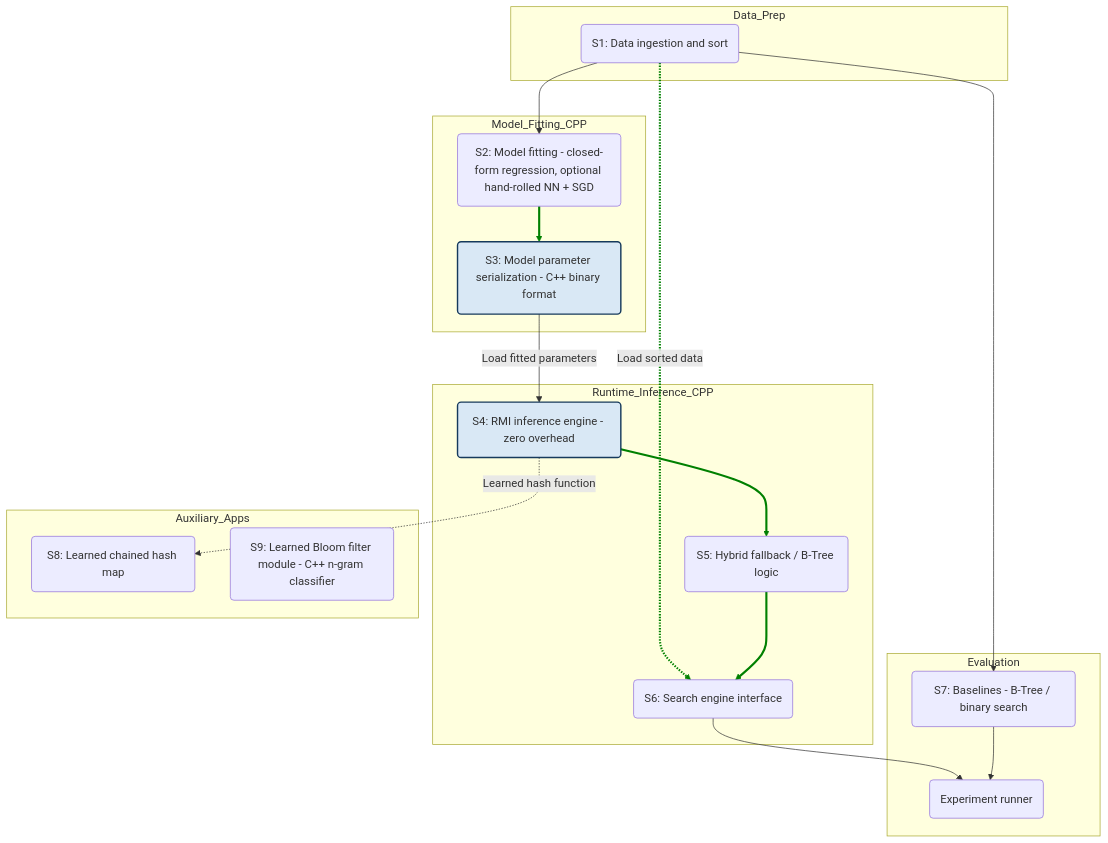
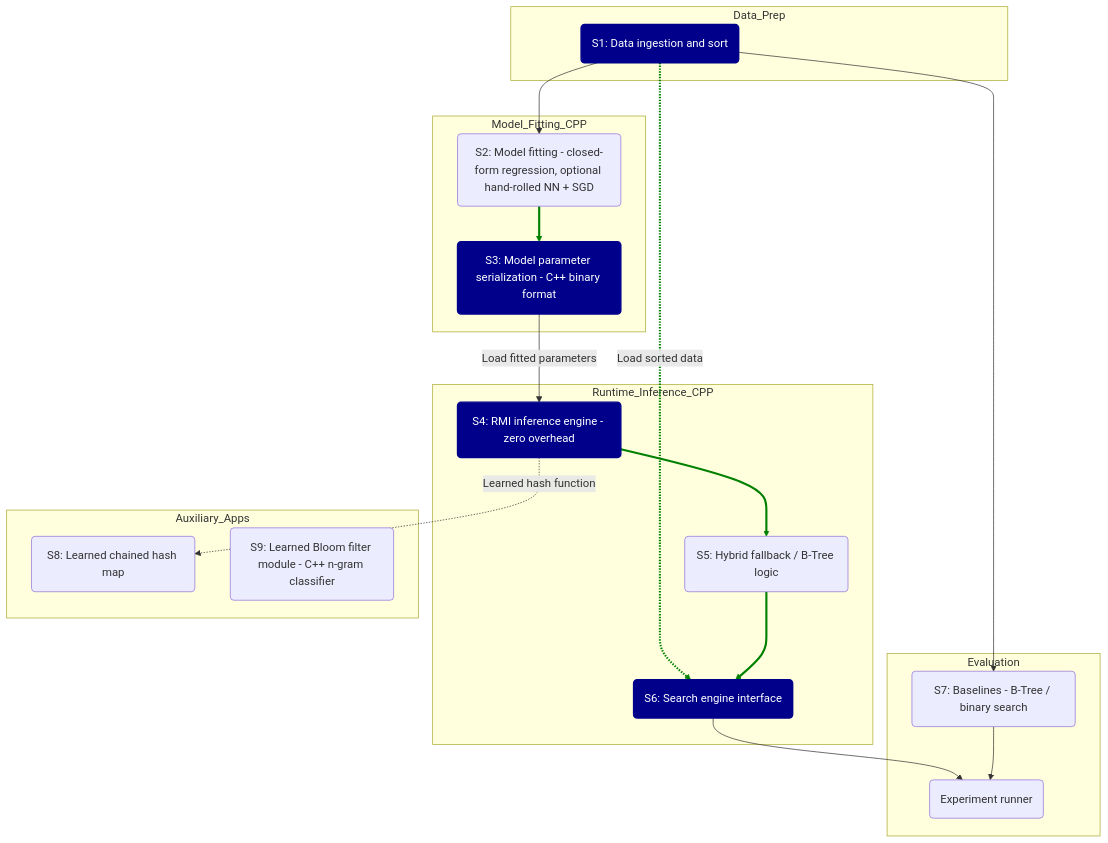
The second of 3 diagrams in plan.md (NischalPendurthi/LearnedIndex), drawn with Mermaid before and after one commit. The commit also changed other lines of this file, not shown here.

````diff
--- a/plan.md
+++ b/plan.md
@@ -164,35 +167,37 @@
 ```mermaid
 graph TD
   subgraph Data_Prep
   S1(S1: Data ingestion and sort)
   end
 
   subgraph Model_Fitting_CPP
   S1 --> S2(S2: Model fitting - closed-form regression, optional hand-rolled NN + SGD)
   S2 --> S3(S3: Model parameter serialization - C++ binary format)
   end
 
   subgraph Runtime_Inference_CPP
   S1 -. Load sorted data .-> S6(S6: Search engine interface)
   S3 -- Load fitted parameters --> S4(S4: RMI inference engine - zero overhead)
   S4 --> S5(S5: Hybrid fallback / B-Tree logic)
   S5 --> S6
   end
 
   subgraph Evaluation
   S1 --> S7(S7: Baselines - B-Tree / binary search)
   S6 --> EXP(Experiment runner)
   S7 --> EXP
   end
 
   subgraph Auxiliary_Apps
   S4 -. Learned hash function .-> S8(S8: Learned chained hash map)
   S9(S9: Learned Bloom filter module - C++ n-gram classifier)
   end
 
   linkStyle 1,2 stroke:green,stroke-width:3px;
   linkStyle 4,5 stroke:green,stroke-width:3px;
 
-  style S3 fill:#d9e8f5,stroke:#163a5c,stroke-width:2px;
-  style S4 fill:#d9e8f5,stroke:#163a5c,stroke-width:2px;
+  style S1 fill:darkblue,stroke:darkblue,color:white,stroke-width:2px;
+  style S3 fill:darkblue,stroke:darkblue,color:white,stroke-width:2px;
+  style S4 fill:darkblue,stroke:darkblue,color:white,stroke-width:2px;
+  style S6 fill:darkblue,stroke:darkblue,color:white,stroke-width:2px;
 ```
````
